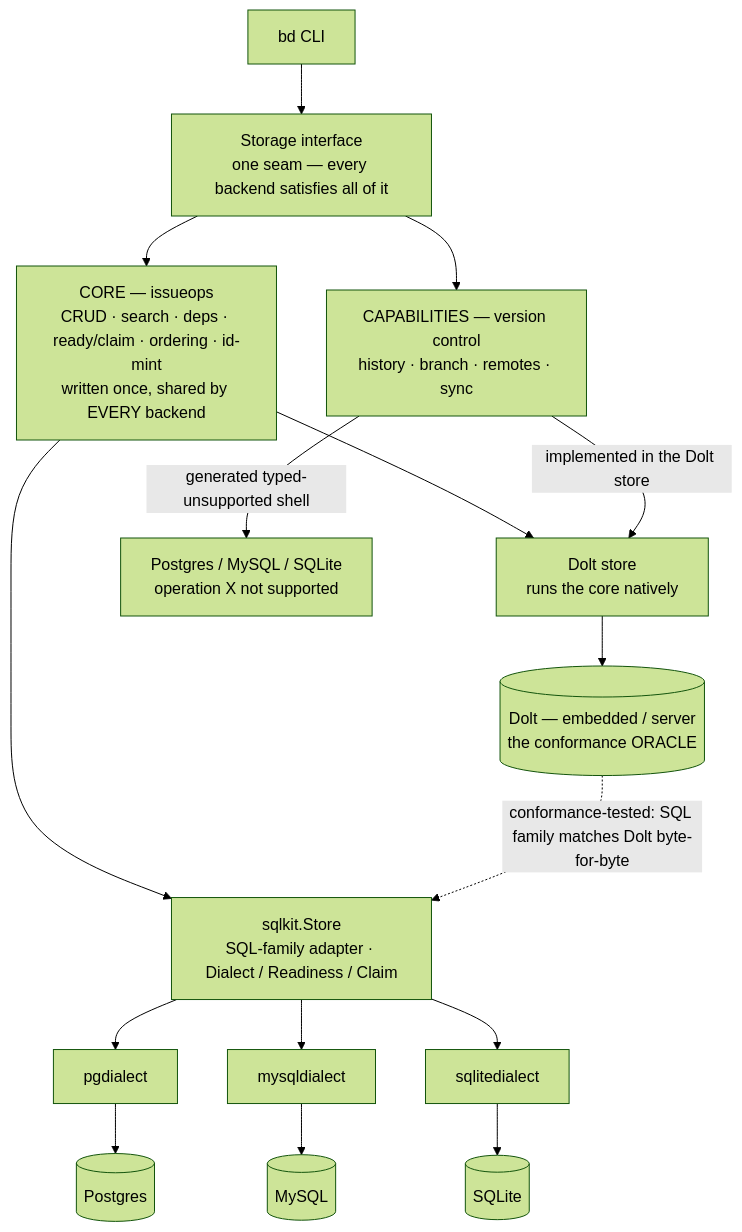
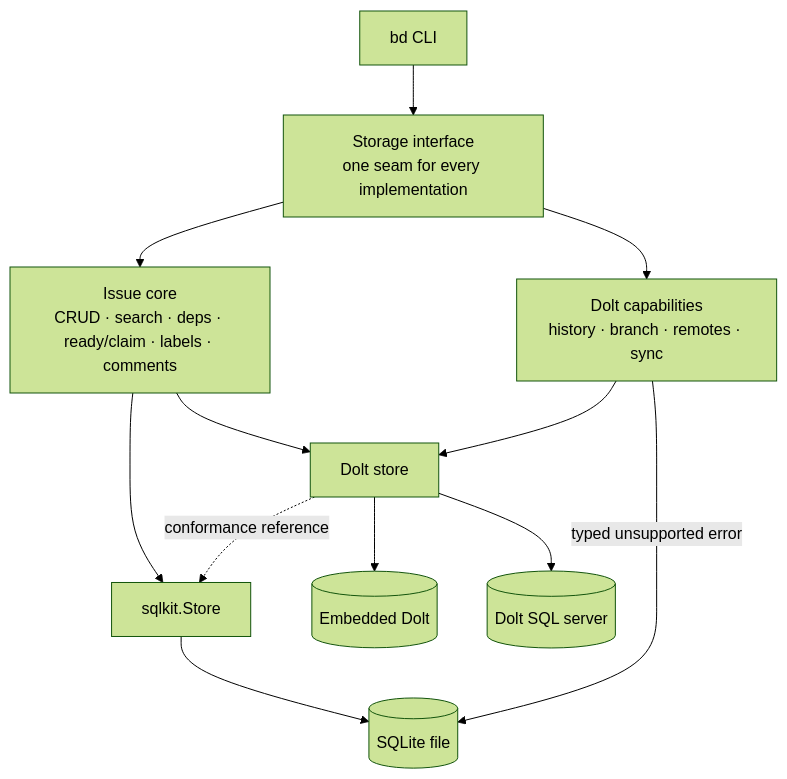
One commit to marcodelpin/beads changed the diagram in docs/architecture/storage-backends.md. Above: the diagram before and after it, drawn with Mermaid (forest theme). The commit also changed other lines of this file and 15 other files, not shown here.

First line of the commit message:
docs(storage): explain focused Dolt and SQLite support (bd-sadcd)

````diff
--- a/docs/architecture/storage-backends.md
+++ b/docs/architecture/storage-backends.md
@@ -10,20 +20,17 @@
 ```mermaid
 flowchart TD
-    CLI["bd CLI"] --> SEAM["Storage interface<br/>one seam — every backend satisfies all of it"]
+    CLI["bd CLI"] --> SEAM["Storage interface<br/>one seam for every implementation"]
 
-    SEAM --> CORE["CORE — issueops<br/>CRUD · search · deps · ready/claim · ordering · id-mint<br/>written once, shared by EVERY backend"]
-    SEAM --> CAPS["CAPABILITIES — version control<br/>history · branch · remotes · sync"]
+    SEAM --> CORE["Issue core<br/>CRUD · search · deps · ready/claim · labels · comments"]
+    SEAM --> CAPS["Dolt capabilities<br/>history · branch · remotes · sync"]
 
-    CORE --> DS["Dolt store<br/>runs the core natively"]
-    CORE --> KIT["sqlkit.Store<br/>SQL-family adapter · Dialect / Readiness / Claim"]
+    CORE --> DS["Dolt store"]
+    CORE --> KIT["sqlkit.Store"] --> SQLITE[("SQLite file")]
 
-    DS --> DOLT[("Dolt — embedded / server<br/>the conformance ORACLE")]
-    KIT --> PGD["pgdialect"] --> PG[("Postgres")]
-    KIT --> MYD["mysqldialect"] --> MY[("MySQL")]
-    KIT --> LTD["sqlitedialect"] --> LT[("SQLite")]
+    DS --> EMBED[("Embedded Dolt")]
+    DS --> SERVER[("Dolt SQL server")]
+    CAPS --> DS
+    CAPS -->|"typed unsupported error"| SQLITE
 
-    CAPS -->|"implemented in the Dolt store"| DS
-    CAPS -->|"generated typed-unsupported shell"| SHELL["Postgres / MySQL / SQLite<br/>operation X not supported"]
-
-    DOLT -. "conformance-tested: SQL family matches Dolt byte-for-byte" .-> KIT
+    DS -. "conformance reference" .-> KIT
 ```
````
